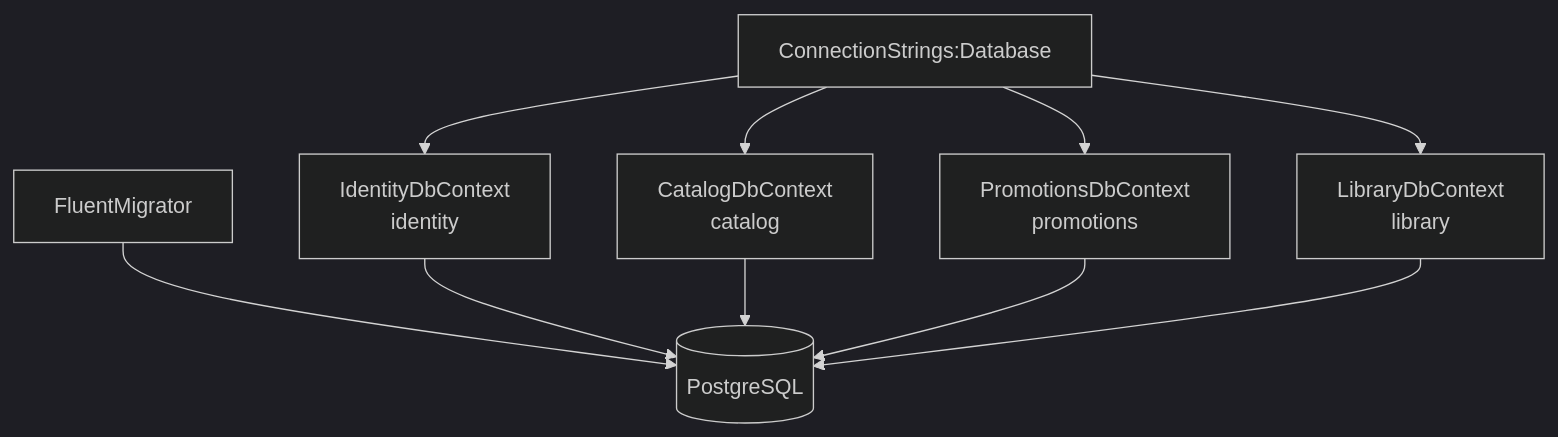
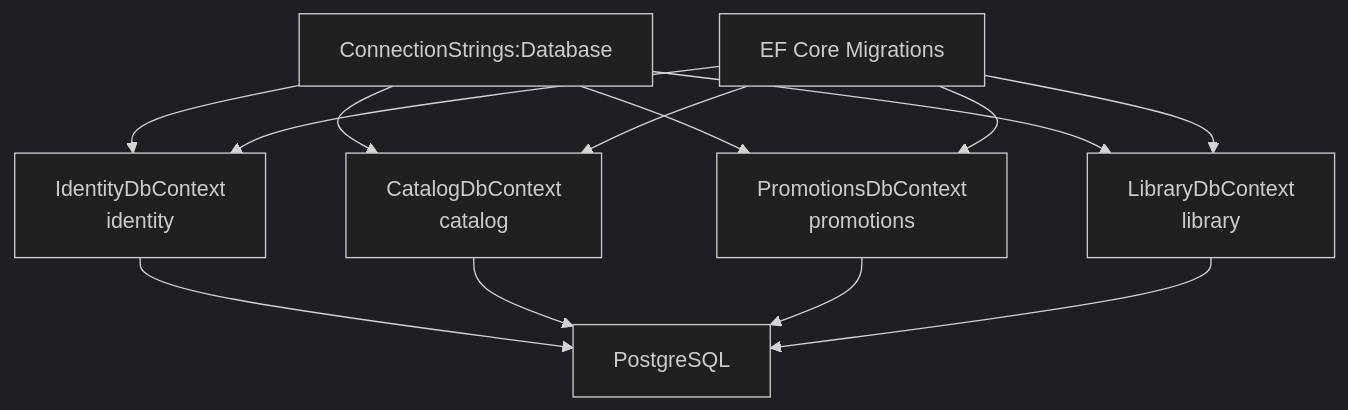
One commit to MarinsPedro/Fiap changed the fifth of 7 diagrams in docs/architecture/diagrams.md. Above: the diagram before and after it, drawn with Mermaid (dark theme). The commit also changed other lines of this file and 237 other files, not shown here.

````diff
--- a/docs/architecture/diagrams.md
+++ b/docs/architecture/diagrams.md
@@ -66,12 +66,15 @@
 ```mermaid
 flowchart TD
     Connection["ConnectionStrings:Database"] --> IdentityDb["IdentityDbContext<br/>identity"]
     Connection --> CatalogDb["CatalogDbContext<br/>catalog"]
     Connection --> PromotionsDb["PromotionsDbContext<br/>promotions"]
     Connection --> LibraryDb["LibraryDbContext<br/>library"]
-    Migrator["FluentMigrator"] --> PostgreSQL[("PostgreSQL")]
+    Migrator["EF Core Migrations"] --> IdentityDb
+    Migrator --> CatalogDb
+    Migrator --> PromotionsDb
+    Migrator --> LibraryDb
     IdentityDb --> PostgreSQL
     CatalogDb --> PostgreSQL
     PromotionsDb --> PostgreSQL
     LibraryDb --> PostgreSQL
 ```
````
